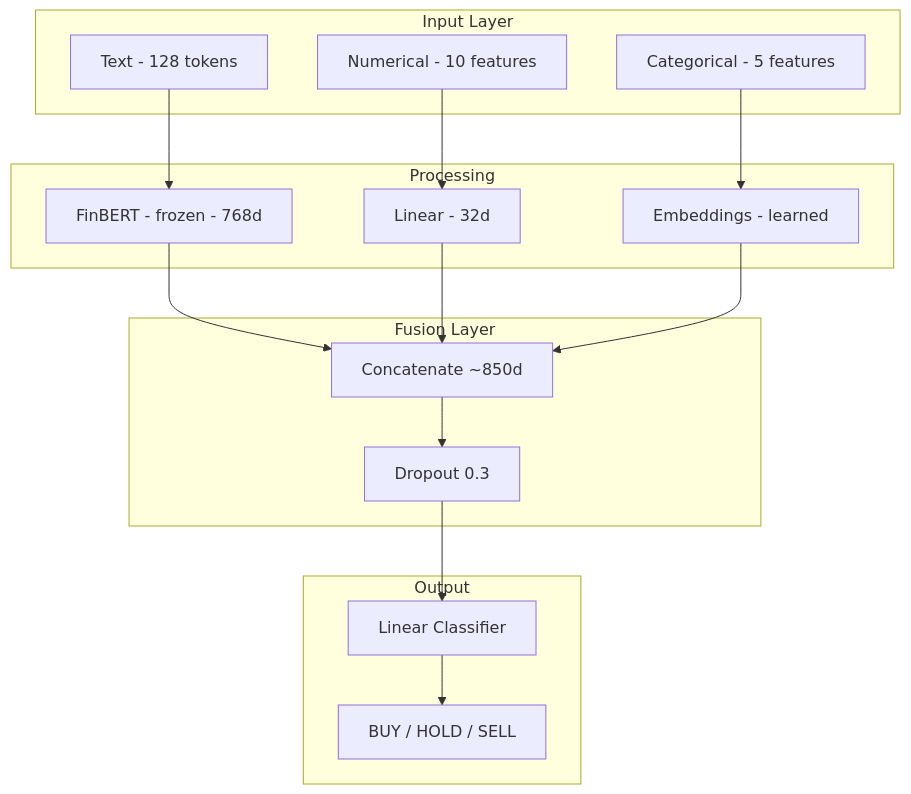
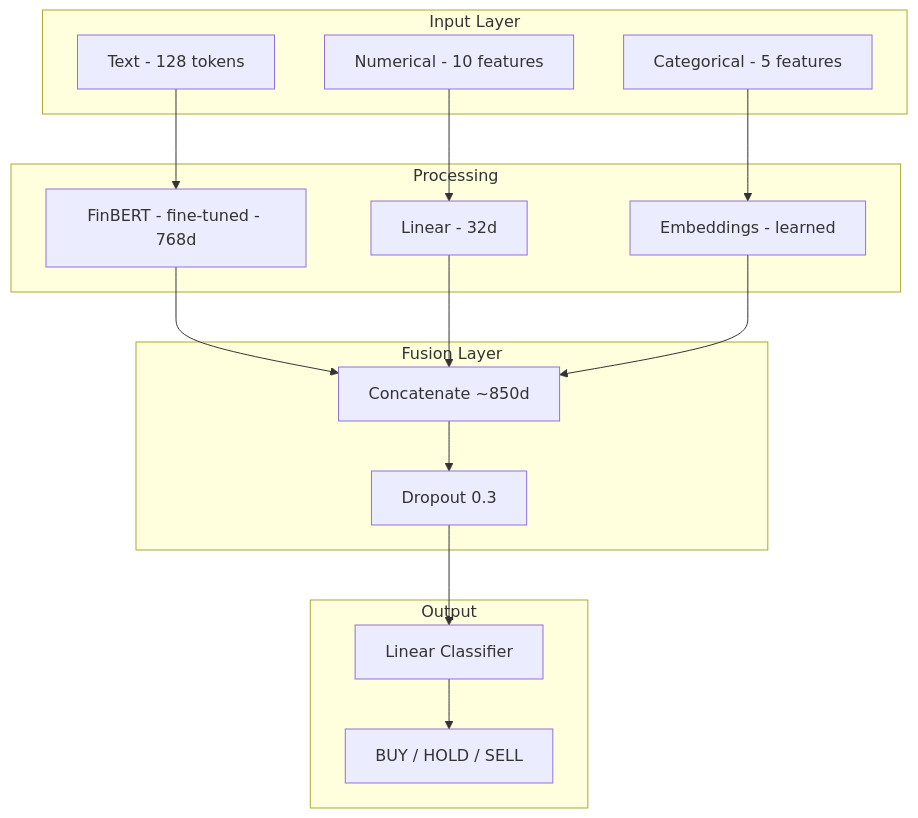
The second of 2 diagrams in README.md (michaelzus/FinTweet-ML), drawn with Mermaid before and after one commit. The commit also changed other lines of this file and 3 other files, not shown here.

````diff
--- a/README.md
+++ b/README.md
@@ -61,26 +65,26 @@
 ```mermaid
 flowchart TB
     subgraph Input[Input Layer]
         Text[Text - 128 tokens]
         Num[Numerical - 10 features]
         Cat[Categorical - 5 features]
     end
     
     subgraph Processing[Processing]
-        Text --> BERT[FinBERT - frozen - 768d]
+        Text --> BERT[FinBERT - fine-tuned - 768d]
         Num --> Linear[Linear - 32d]
         Cat --> Embed[Embeddings - learned]
     end
     
     subgraph Fusion[Fusion Layer]
         BERT --> Concat[Concatenate ~850d]
         Linear --> Concat
         Embed --> Concat
         Concat --> Dropout[Dropout 0.3]
     end
     
     subgraph Output[Output]
         Dropout --> Classifier[Linear Classifier]
         Classifier --> Labels[BUY / HOLD / SELL]
     end
 ```
````
